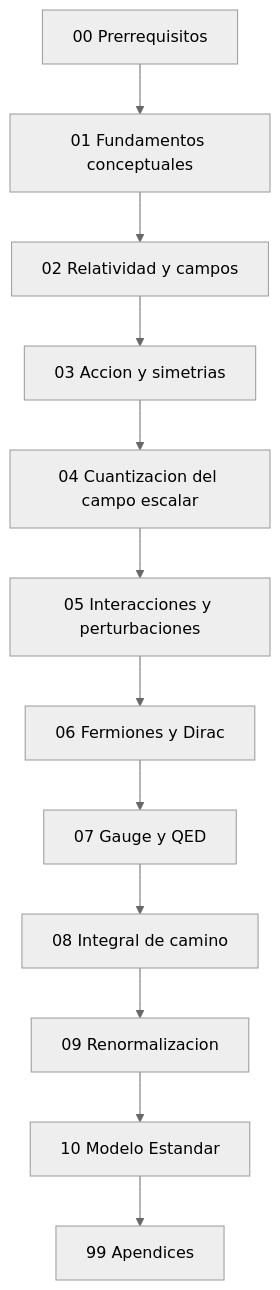
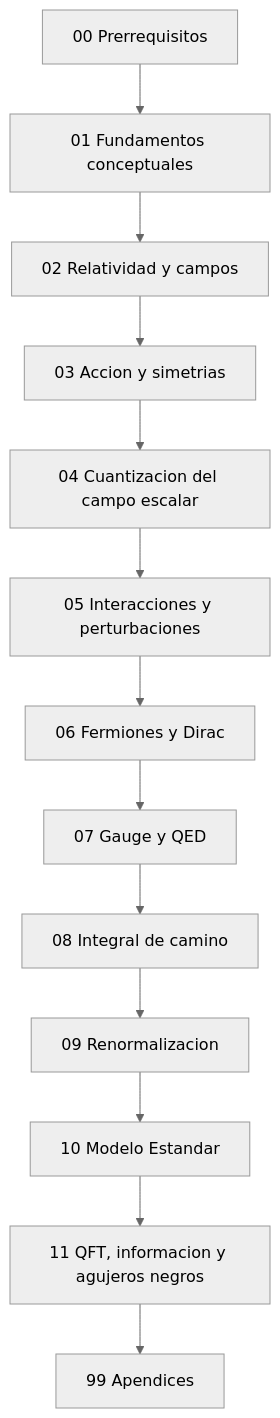
One commit to LegalIntermediaSL/QFT changed the first of 3 diagrams in Tutorial/README.md. Above: the diagram before and after it, drawn with Mermaid (neutral theme). The commit also changed other lines of this file and 21 other files, not shown here.

````diff
--- a/Tutorial/README.md
+++ b/Tutorial/README.md
@@ -14,14 +14,15 @@
 ```mermaid
 flowchart TD
     A["00 Prerrequisitos"] --> B["01 Fundamentos conceptuales"]
     B --> C["02 Relatividad y campos"]
     C --> D["03 Accion y simetrias"]
     D --> E["04 Cuantizacion del campo escalar"]
     E --> F["05 Interacciones y perturbaciones"]
     F --> G["06 Fermiones y Dirac"]
     G --> H["07 Gauge y QED"]
     H --> I["08 Integral de camino"]
     I --> J["09 Renormalizacion"]
     J --> K["10 Modelo Estandar"]
-    K --> L["99 Apendices"]
+    K --> L["11 QFT, informacion y agujeros negros"]
+    L --> M["99 Apendices"]
 ```
````
